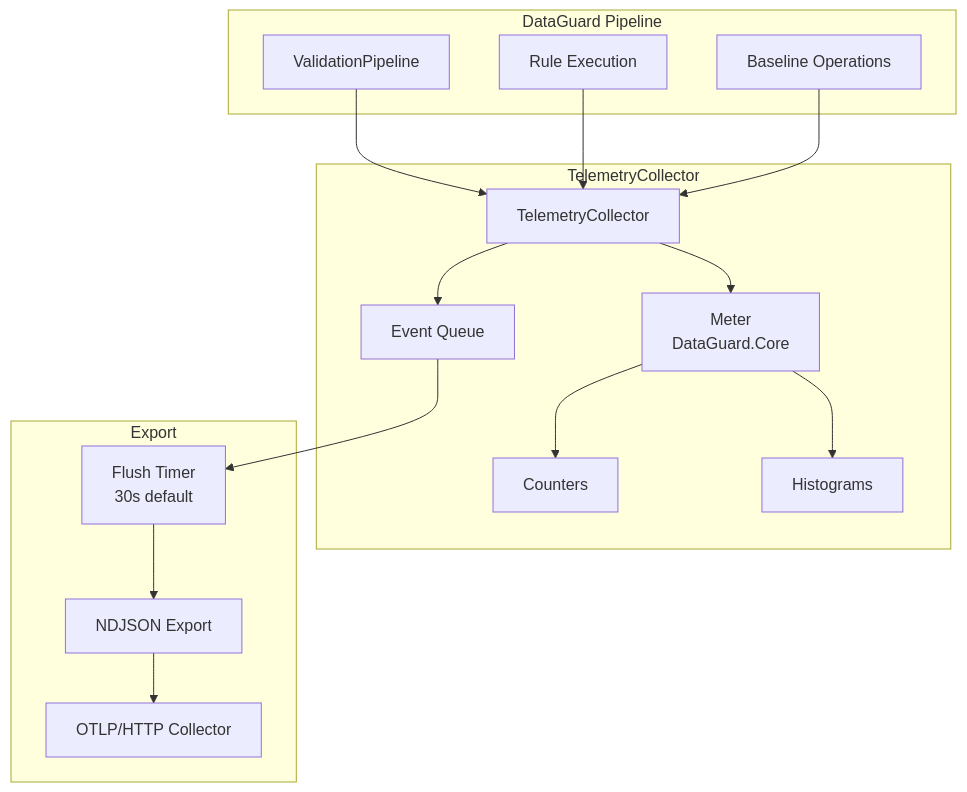
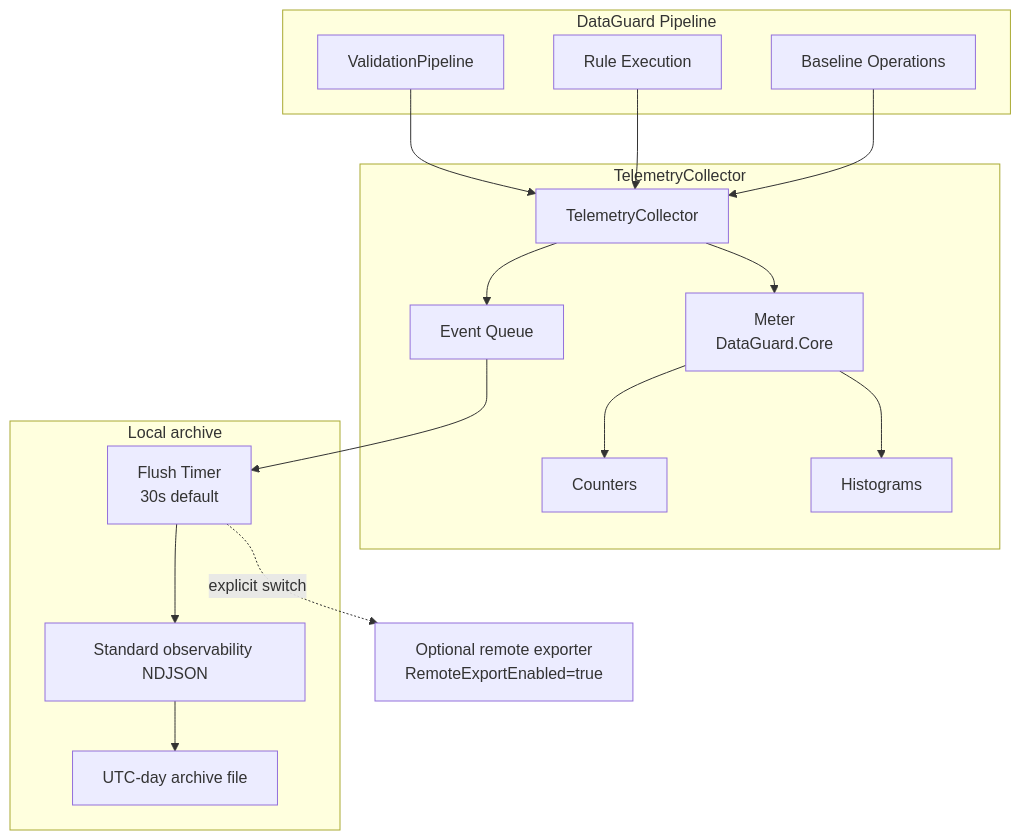
One commit to thanhnt-sm/eco_support_net_oracle changed the diagram in docs/03-components/core/telemetry.md. Above: the diagram before and after it, drawn with Mermaid. The commit also changed other lines of this file and 105 other files, not shown here.

Commit message:
feat(observability): add bounded local telemetry archive

````diff
--- a/docs/03-components/core/telemetry.md
+++ b/docs/03-components/core/telemetry.md
@@ -9,35 +14,37 @@
 ```mermaid
 flowchart TB
     subgraph DataGuard Pipeline
         VP[ValidationPipeline]
         RR[Rule Execution]
         BS[Baseline Operations]
     end
 
     subgraph TelemetryCollector
         TC[TelemetryCollector]
         METER[Meter<br/>DataGuard.Core]
         CTR[Counters]
         HIST[Histograms]
         EVT[Event Queue]
     end
 
-    subgraph Export
+    subgraph Local archive
         FLUSH[Flush Timer<br/>30s default]
-        NDJSON[NDJSON Export]
-        OTLP[OTLP/HTTP Collector]
+        NDJSON[Standard observability NDJSON]
+        ARCHIVE[UTC-day archive file]
     end
+    REMOTE[Optional remote exporter<br/>RemoteExportEnabled=true]
 
     VP --> TC
     RR --> TC
     BS --> TC
 
     TC --> METER
     METER --> CTR
     METER --> HIST
     TC --> EVT
 
     EVT --> FLUSH
     FLUSH --> NDJSON
-    NDJSON --> OTLP
+    NDJSON --> ARCHIVE
+    FLUSH -. explicit switch .-> REMOTE
 ```
````
